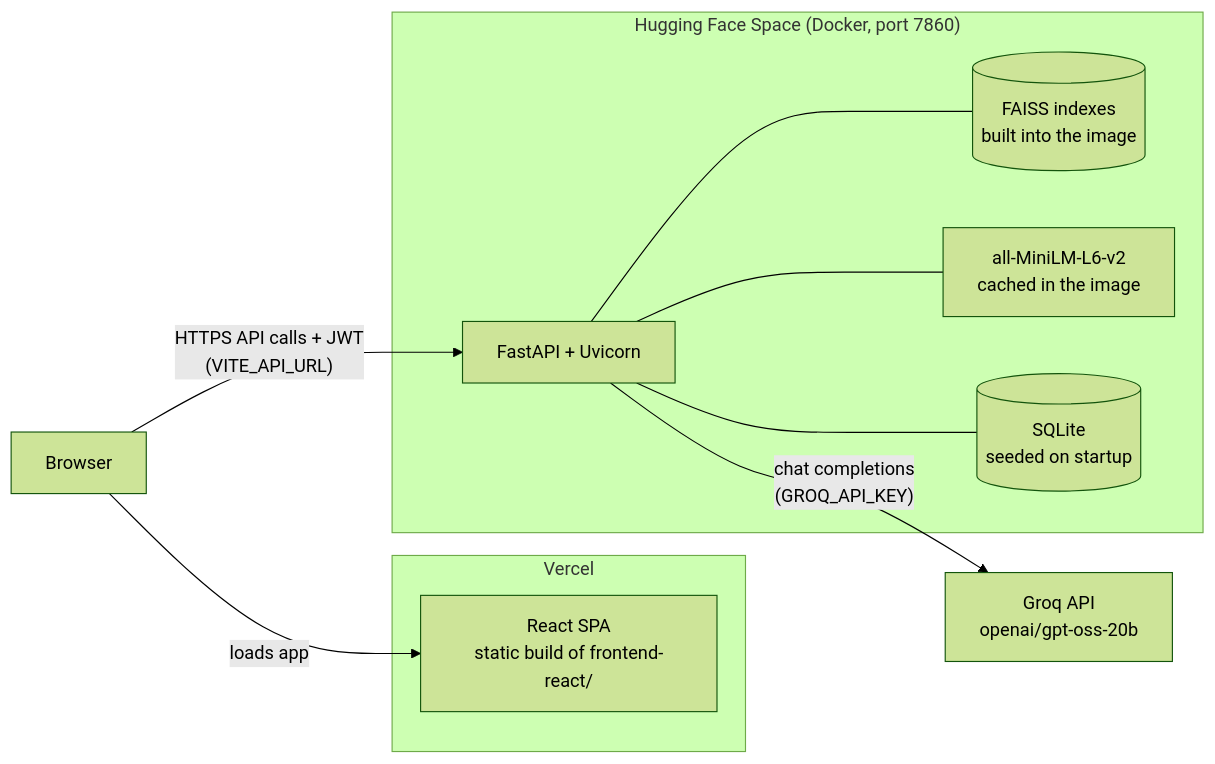
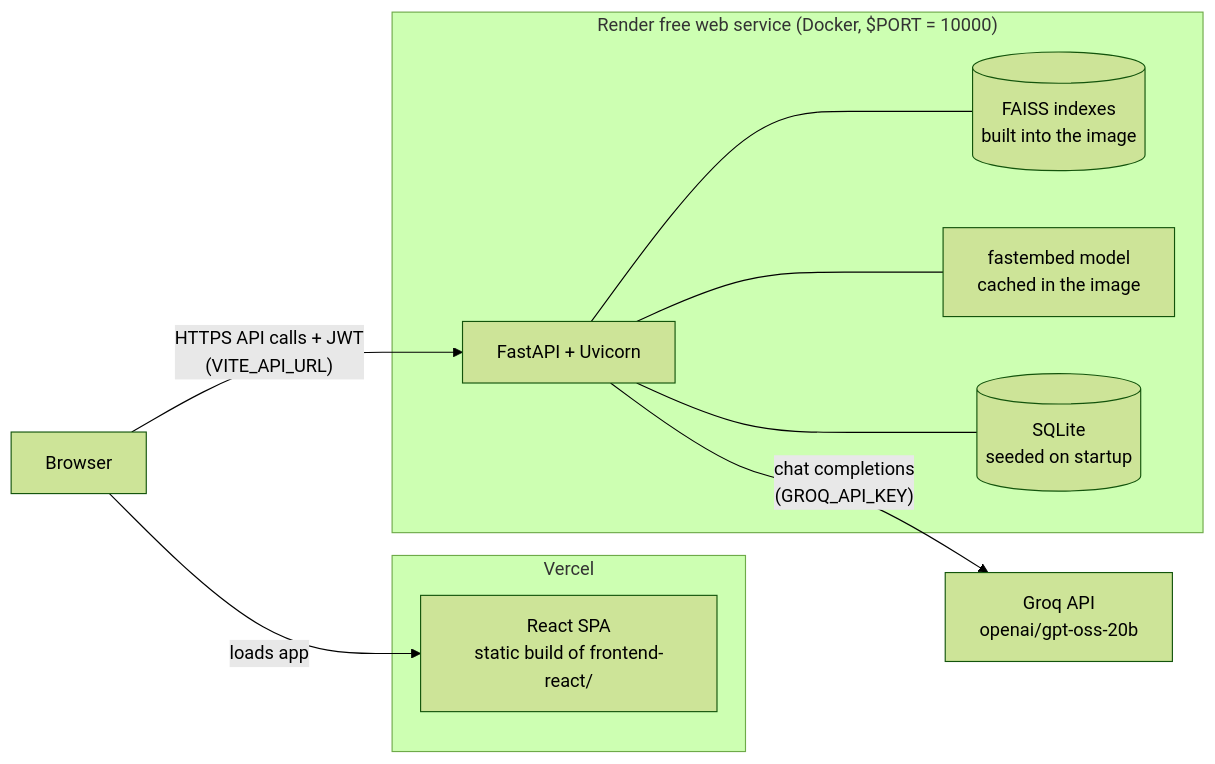
The fourth of 4 diagrams in README.md (GOPIKA-BTECH23/enterprise-rag-assistant), drawn with Mermaid (forest theme) before and after one commit. The commit also changed other lines of this file and 13 other files, not shown here.

First line of the commit message:
Deploy backend on Render with fastembed embeddings

````diff
--- a/README.md
+++ b/README.md
@@ -367,21 +370,21 @@
 ```mermaid
 flowchart LR
     B["Browser"]
     subgraph Vercel
         FE["React SPA<br/>static build of frontend-react/"]
     end
-    subgraph HF["Hugging Face Space (Docker, port 7860)"]
+    subgraph Render["Render free web service (Docker, $PORT = 10000)"]
         API["FastAPI + Uvicorn"]
         IDX[("FAISS indexes<br/>built into the image")]
-        EMB["all-MiniLM-L6-v2<br/>cached in the image"]
+        EMB["fastembed model<br/>cached in the image"]
         SQL[("SQLite<br/>seeded on startup")]
     end
     GROQ["Groq API<br/>openai/gpt-oss-20b"]
 
     B -->|"loads app"| FE
     B -->|"HTTPS API calls + JWT<br/>(VITE_API_URL)"| API
     API --- IDX
     API --- EMB
     API --- SQL
     API -->|"chat completions<br/>(GROQ_API_KEY)"| GROQ
 ```
````
